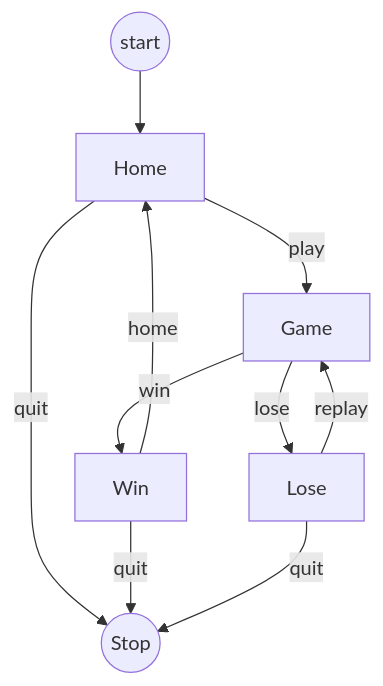
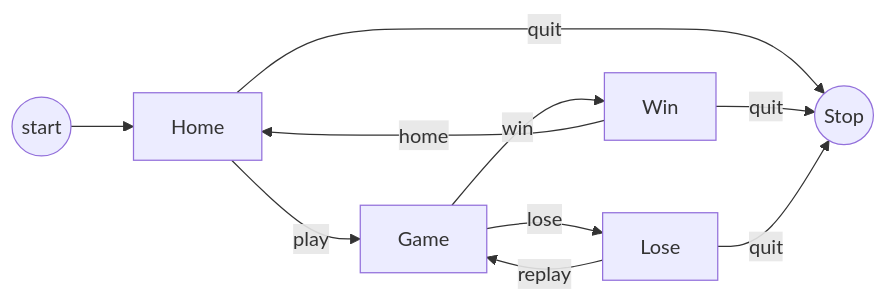
One commit to tank-king/katagames-docs changed the first of 2 diagrams in clicker-game-new/game-structure.md. Above: the diagram before and after it, drawn with Mermaid.

````diff
--- a/clicker-game-new/game-structure.md
+++ b/clicker-game-new/game-structure.md
@@ -19,12 +19,12 @@
 ```mermaid
-flowchart TB
+flowchart LR
     start((start)) --> Home[Home]
     Home --> |play| Game
     Home --> |quit| Stop((Stop))
     Game --> |win| Win[Win]
     Game --> |lose| Lose[Lose]
     Win  --> |home| Home
     Win  --> |quit| Stop
     Lose --> |replay| Game
     Lose --> |quit| Stop
 ```
````
